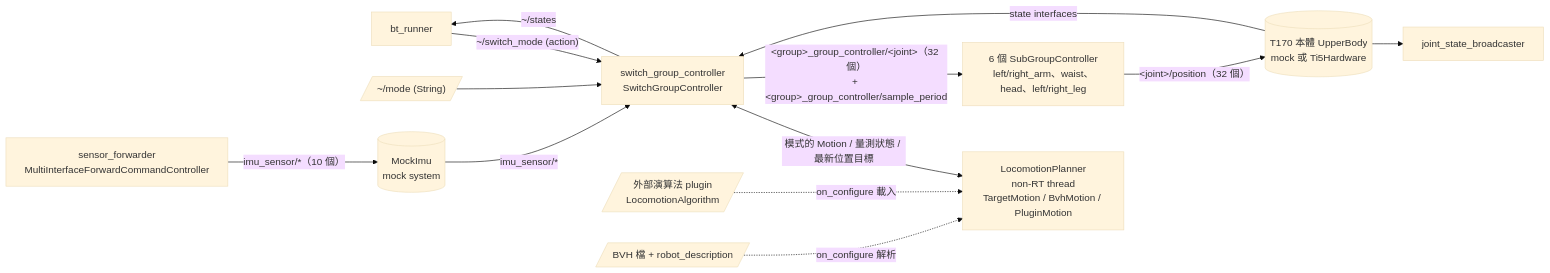
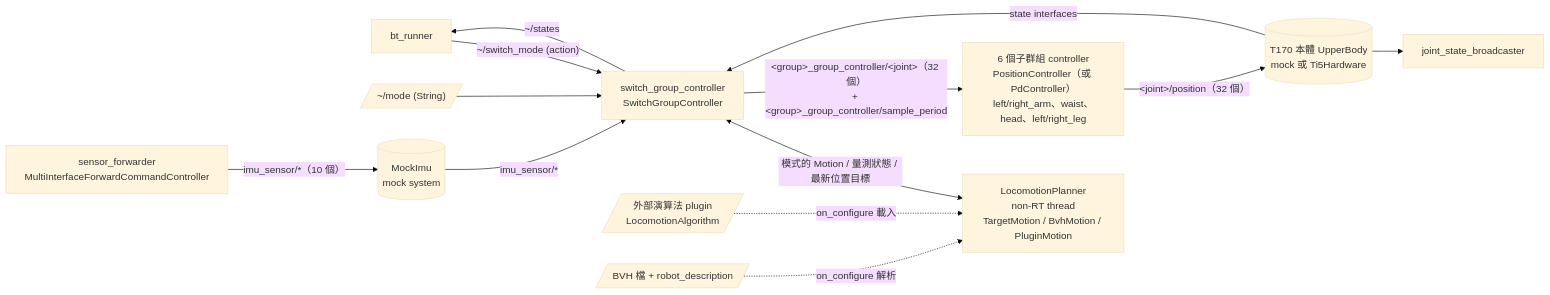
One commit to s40523122/graphen_controller changed the second of 4 diagrams in docs/ARCHITECTURE.md. Above: the diagram before and after it, drawn with Mermaid (base theme). The commit also changed other lines of this file and 4 other files, not shown here.

````diff
--- a/docs/ARCHITECTURE.md
+++ b/docs/ARCHITECTURE.md
@@ -86,15 +86,15 @@
 ```mermaid
 graph LR
   bt[bt_runner] -->|"~/switch_mode (action)"| sw[switch_group_controller<br/>SwitchGroupController]
   mode[/"~/mode (String)"/] --> sw
   sw <-->|模式的 Motion / 量測狀態 / 最新位置目標| planner[LocomotionPlanner<br/>non-RT thread<br/>TargetMotion / BvhMotion / PluginMotion]
   algo[/外部演算法 plugin<br/>LocomotionAlgorithm/] -.->|on_configure 載入| planner
   bvh[/BVH 檔 + robot_description/] -.->|on_configure 解析| planner
   sw -->|"~/states"| bt
-  sw -->|"&lt;group&gt;_group_controller/&lt;joint&gt;（32 個）<br/>+ &lt;group&gt;_group_controller/sample_period"| subs[6 個 SubGroupController<br/>left/right_arm、waist、head、left/right_leg]
+  sw -->|"&lt;group&gt;_group_controller/&lt;joint&gt;（32 個）<br/>+ &lt;group&gt;_group_controller/sample_period"| subs[6 個子群組 controller<br/>PositionController（或 PdController）<br/>left/right_arm、waist、head、left/right_leg]
   subs -->|"&lt;joint&gt;/position（32 個）"| hw[(T170 本體 UpperBody<br/>mock 或 Ti5Hardware)]
   hw -->|state interfaces| sw
   hw --> jsb[joint_state_broadcaster]
   fwd[sensor_forwarder<br/>MultiInterfaceForwardCommandController] -->|"imu_sensor/*（10 個）"| mimu[(MockImu<br/>mock system)]
   mimu -->|"imu_sensor/*"| sw
 ```
````
